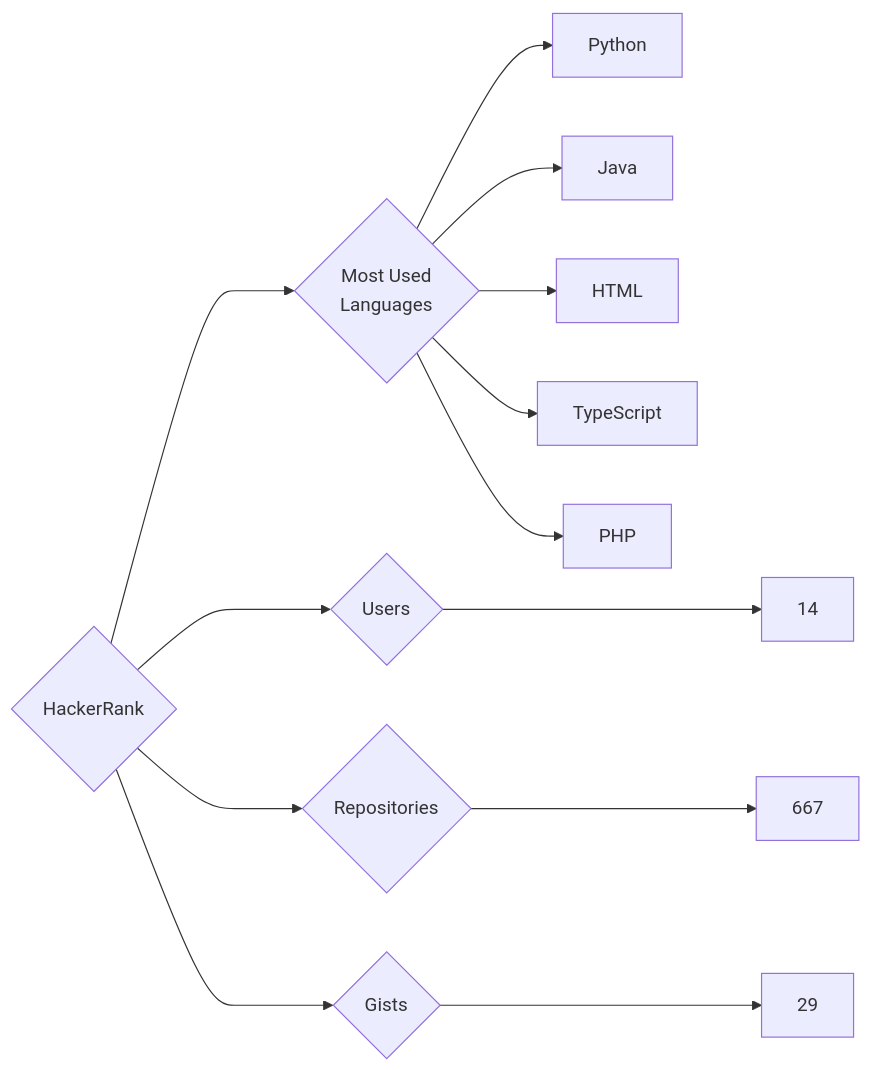
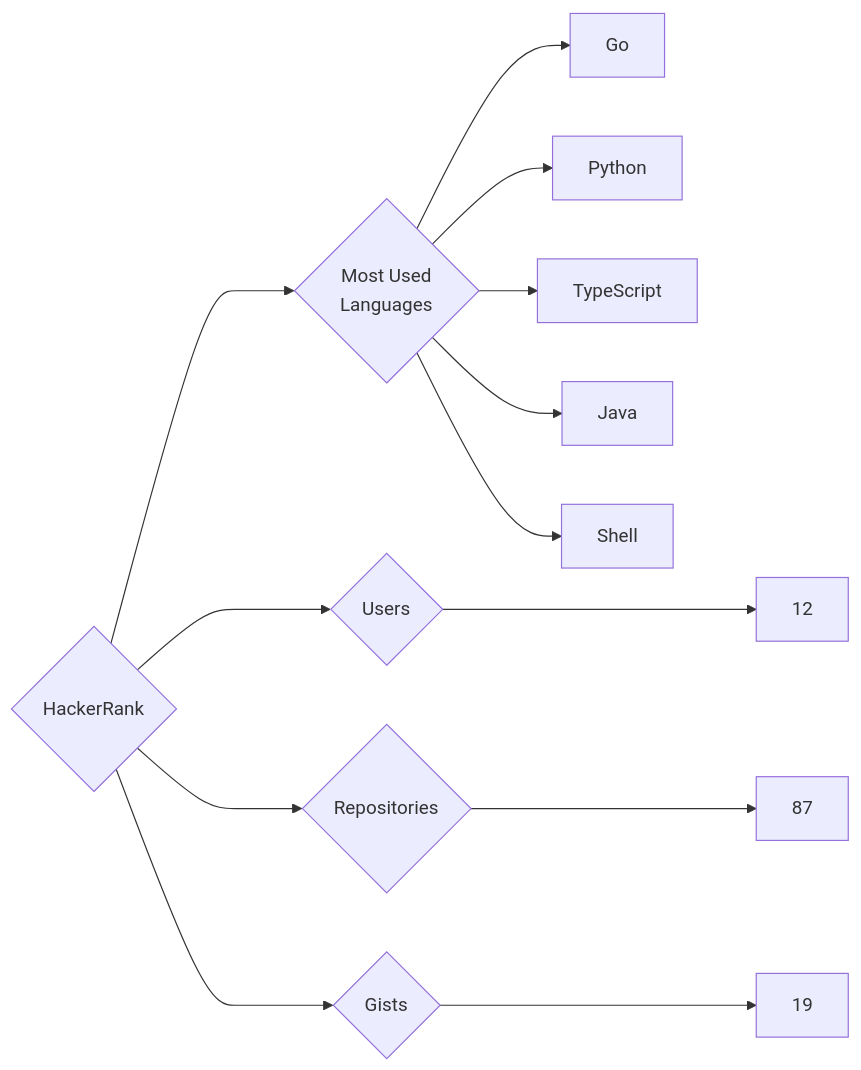
One commit to trickest/insiders changed the diagram in targets/HackerRank/README.md. Above: the diagram before and after it, drawn with Mermaid. The commit also changed 1088 other files, not shown here.

````diff
--- a/targets/HackerRank/README.md
+++ b/targets/HackerRank/README.md
@@ -3,13 +3,13 @@
 ```mermaid
 graph LR
 COMPANY_NAME{HackerRank}
-COMPANY_NAME ---> U{Users} ---> UN[14]
-COMPANY_NAME ---> R{Repositories} ---> RN[667]
-COMPANY_NAME ---> G{Gists} ---> GN[29]
+COMPANY_NAME ---> U{Users} ---> UN[12]
+COMPANY_NAME ---> R{Repositories} ---> RN[87]
+COMPANY_NAME ---> G{Gists} ---> GN[19]
 COMPANY_NAME ---> ML{Most Used<br>Languages}
+ML --> Go[Go]
 ML --> Python[Python]
+ML --> TypeScript[TypeScript]
 ML --> Java[Java]
-ML --> HTML[HTML]
-ML --> TypeScript[TypeScript]
-ML --> PHP[PHP]
+ML --> Shell[Shell]
 ```
````
